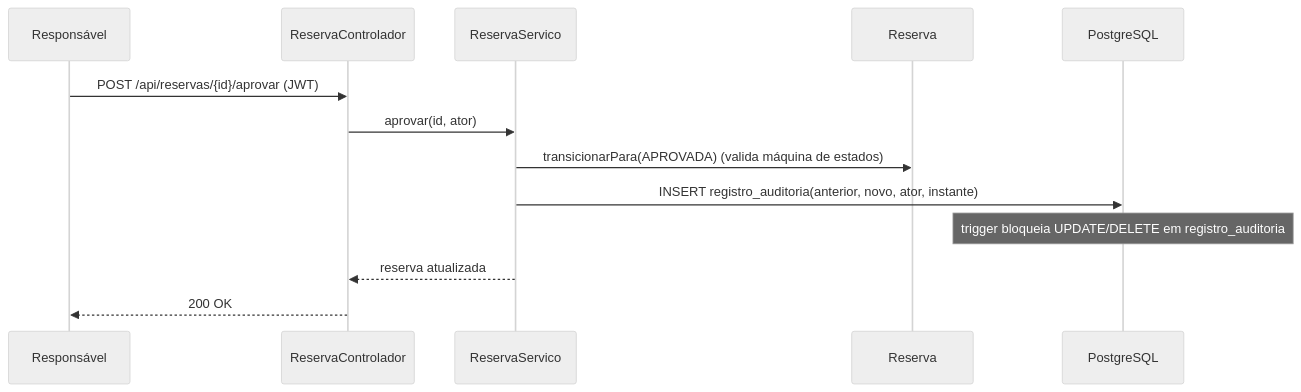
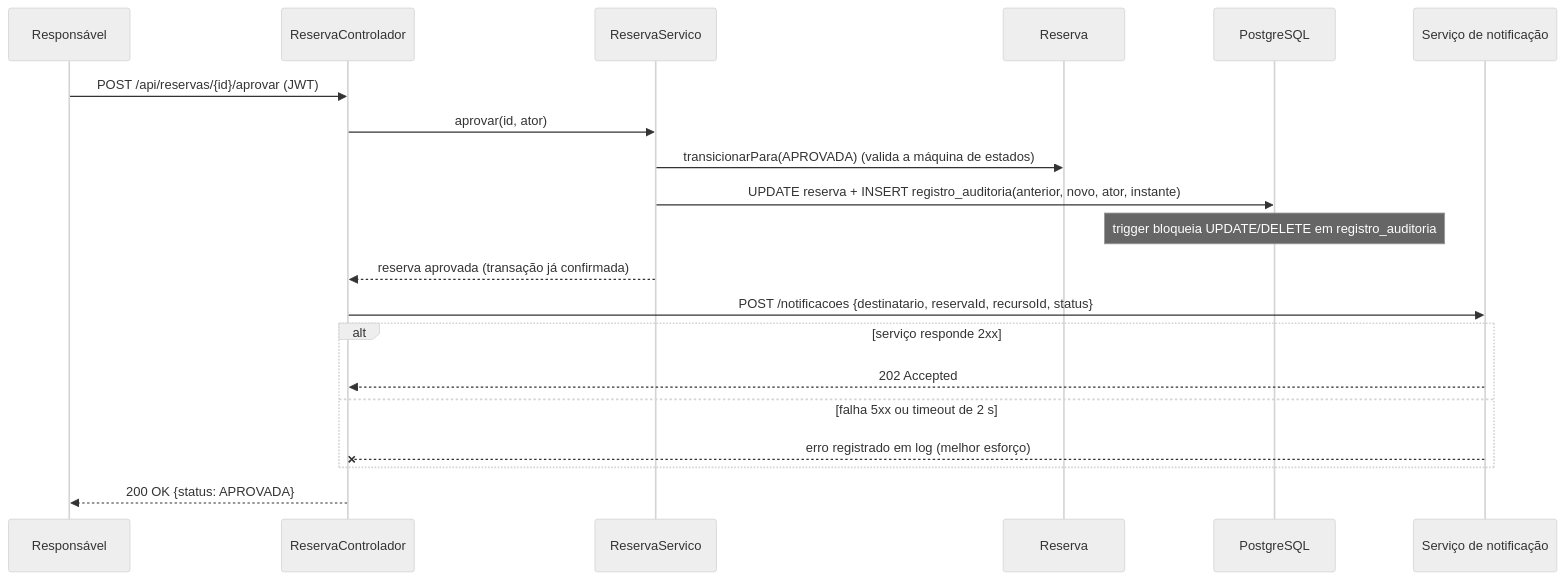
One commit to adsouza04/organizacao-recursos changed the sixth of 7 diagrams in docs/diagramas/arquitetura.md. Above: the diagram before and after it, drawn with Mermaid (neutral theme). The commit also changed other lines of this file and 2 other files, not shown here.

Commit message:
docs: diagramas C4 e de sequência, registro de defeitos e plano de testes

````diff
--- a/docs/diagramas/arquitetura.md
+++ b/docs/diagramas/arquitetura.md
@@ -55,15 +128,22 @@
 ```mermaid
 sequenceDiagram
   participant R as Responsável
   participant C as ReservaControlador
   participant S as ReservaServico
   participant E as Reserva
   participant BD as PostgreSQL
+  participant N as Serviço de notificação
   R->>C: POST /api/reservas/{id}/aprovar (JWT)
   C->>S: aprovar(id, ator)
-  S->>E: transicionarPara(APROVADA) (valida máquina de estados)
-  S->>BD: INSERT registro_auditoria(anterior, novo, ator, instante)
+  S->>E: transicionarPara(APROVADA) (valida a máquina de estados)
+  S->>BD: UPDATE reserva + INSERT registro_auditoria(anterior, novo, ator, instante)
   Note over BD: trigger bloqueia UPDATE/DELETE em registro_auditoria
-  S-->>C: reserva atualizada
-  C-->>R: 200 OK
+  S-->>C: reserva aprovada (transação já confirmada)
+  C->>N: POST /notificacoes {destinatario, reservaId, recursoId, status}
+  alt serviço responde 2xx
+    N-->>C: 202 Accepted
+  else falha 5xx ou timeout de 2 s
+    N--xC: erro registrado em log (melhor esforço)
+  end
+  C-->>R: 200 OK {status: APROVADA}
 ```
````
